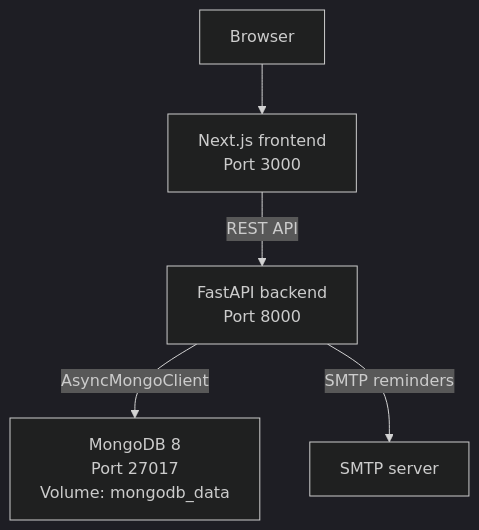
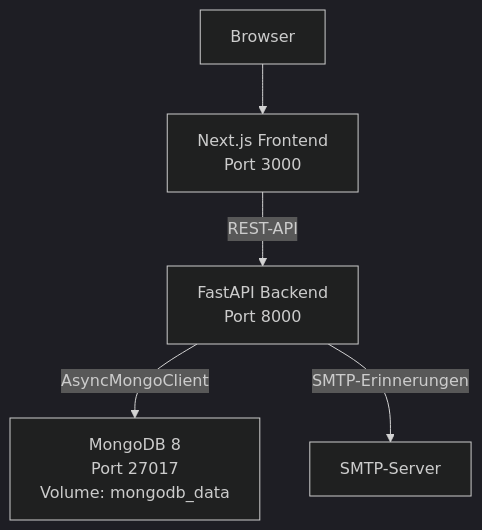
The diagram in docs/PROJECT_DOCUMENTATION.md (rabbitglauser/gibz-raumvermietung), drawn with Mermaid (dark theme) before and after one commit. The commit also changed other lines of this file and 3 other files, not shown here.

Commit message:
[Feature] Added script to generate print-ready PDF of project documentation and integrated architecture visuals

````diff
--- a/docs/PROJECT_DOCUMENTATION.md
+++ b/docs/PROJECT_DOCUMENTATION.md
@@ -37,13 +41,13 @@
 ```mermaid
 graph TB
     Browser["Browser"]
-    Frontend["Next.js frontend<br/>Port 3000"]
-    Backend["FastAPI backend<br/>Port 8000"]
+    Frontend["Next.js Frontend<br/>Port 3000"]
+    Backend["FastAPI Backend<br/>Port 8000"]
     MongoDB["MongoDB 8<br/>Port 27017<br/>Volume: mongodb_data"]
-    SMTP["SMTP server"]
+    SMTP["SMTP-Server"]
 
     Browser --> Frontend
-    Frontend -->|"REST API"| Backend
+    Frontend -->|"REST-API"| Backend
     Backend -->|"AsyncMongoClient"| MongoDB
-    Backend -->|"SMTP reminders"| SMTP
+    Backend -->|"SMTP-Erinnerungen"| SMTP
 ```
````
